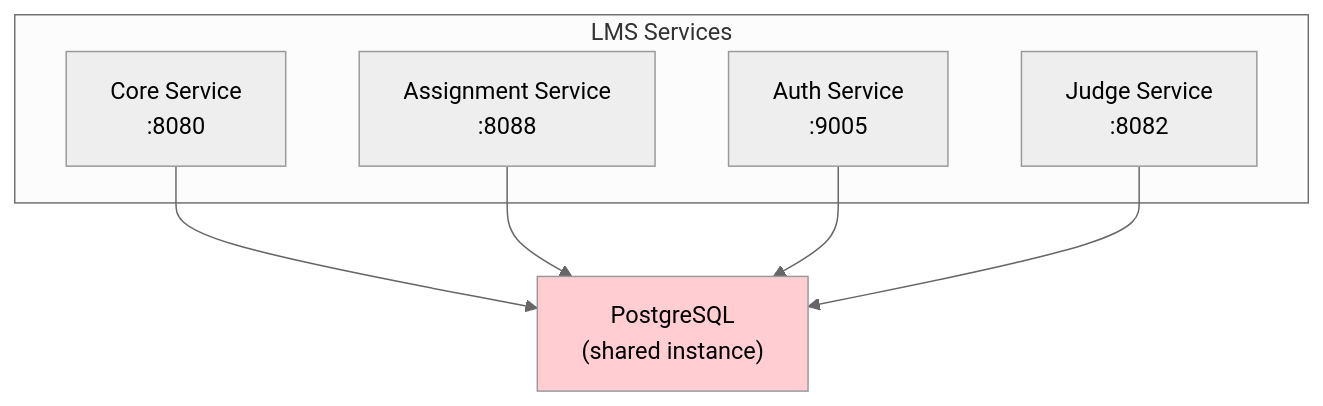
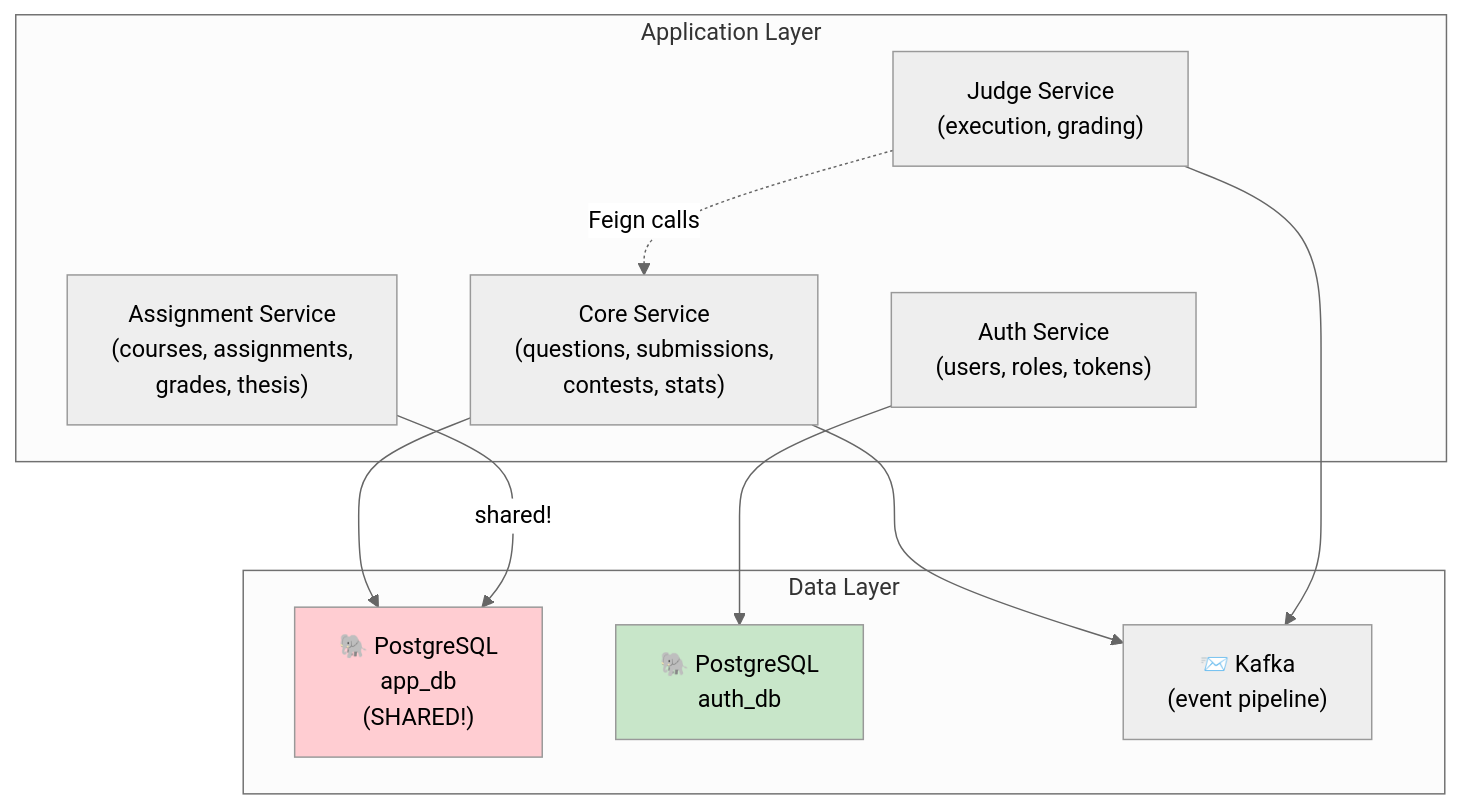
Before and after one commit to hungdn1701/ptit-microservice-textbook: the ninth of 9 diagrams in manuscript/chapter-07.md, drawn with Mermaid (neutral theme). The commit also changed other lines of this file and 33 other files, not shown here.

````diff
--- a/manuscript/chapter-07.md
+++ b/manuscript/chapter-07.md
@@ -457,16 +464,25 @@
 ```mermaid
 graph TB
-    subgraph Services["LMS Services"]
-        CS["Core Service<br/>:8080"]
-        AS["Assignment Service<br/>:8088"]
-        AUTH["Auth Service<br/>:9005"]
-        JS["Judge Service<br/>:8082"]
+    subgraph Services["Application Layer"]
+        CORE["Core Service\n(questions, submissions,\ncontests, stats)"]
+        ASN["Assignment Service\n(courses, assignments,\ngrades, thesis)"]
+        AUTH["Auth Service\n(users, roles, tokens)"]
+        JUDGE["Judge Service\n(execution, grading)"]
     end
     
-    CS --> DB["PostgreSQL<br/>(shared instance)"]
-    AS --> DB
-    AUTH --> DB
-    JS --> DB
+    subgraph Data["Data Layer"]
+        APP_DB["🐘 PostgreSQL\napp_db\n(SHARED!)"]
+        AUTH_DB["🐘 PostgreSQL\nauth_db"]
+        KAFKA["📨 Kafka\n(event pipeline)"]
+    end
     
-    style DB fill:#FFCDD2
+    CORE --> APP_DB
+    ASN -->|"shared!"| APP_DB
+    AUTH --> AUTH_DB
+    JUDGE -.->|"Feign calls"| CORE
+    CORE --> KAFKA
+    JUDGE --> KAFKA
+    
+    style APP_DB fill:#FFCDD2
+    style AUTH_DB fill:#C8E6C9
 ```
````
